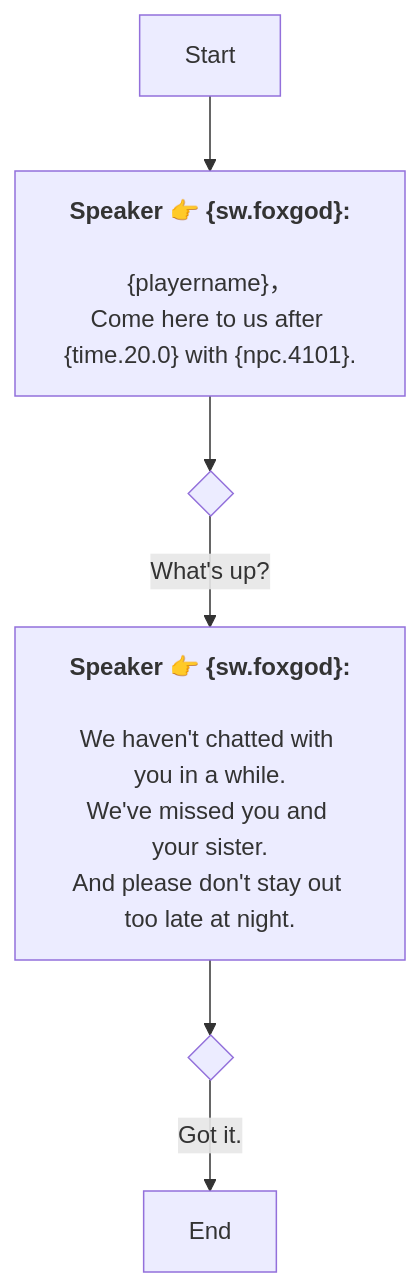
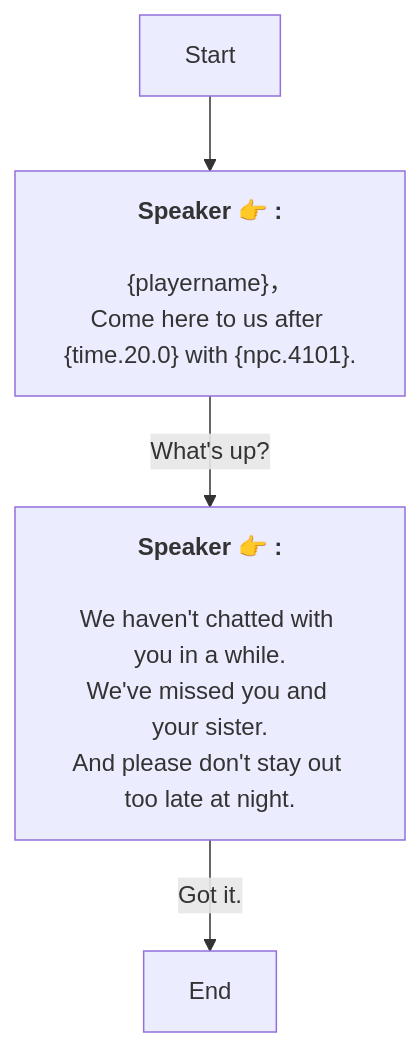
One commit to SoftHu/tos_avg changed the diagram in En/QuestStartTalkENode_1752071614967192.md. Above: the diagram before and after it, drawn with Mermaid. The commit also changed 737 other files, not shown here.

````diff
--- a/En/QuestStartTalkENode_1752071614967192.md
+++ b/En/QuestStartTalkENode_1752071614967192.md
@@ -1,16 +1,12 @@
 ```mermaid
 graph
-Start -->1752071650396571[<b>Speaker 👉 &lbrace;sw.foxgod&rbrace;:</b>
-
-&lbrace;playername&rbrace;，
+Start -->1752071650396571[<b>Speaker 👉 :</b>
+\n&lbrace;playername&rbrace;，
 Come here to us after &lbrace;time.20.0&rbrace; with &lbrace;npc.4101&rbrace;.]
-1752071650396571 -->1752071875659164{ }
-1752071875659164 -->|What's up?|1752071892001183[<b>Speaker 👉 &lbrace;sw.foxgod&rbrace;:</b>
-
-We haven't chatted with you in a while.
+1752071650396571 -->|What's up?|1752071892001183[<b>Speaker 👉 :</b>
+\nWe haven't chatted with you in a while.
 We've missed you and your sister.
 And please don't stay out too late at night.]
-1752071892001183 -->1752071931245984{ }
-1752071931245984 -->|Got it.|1752071937910179[End]
+1752071892001183 -->|Got it.|1752071937910179[End]
 
- ```
+```
````
